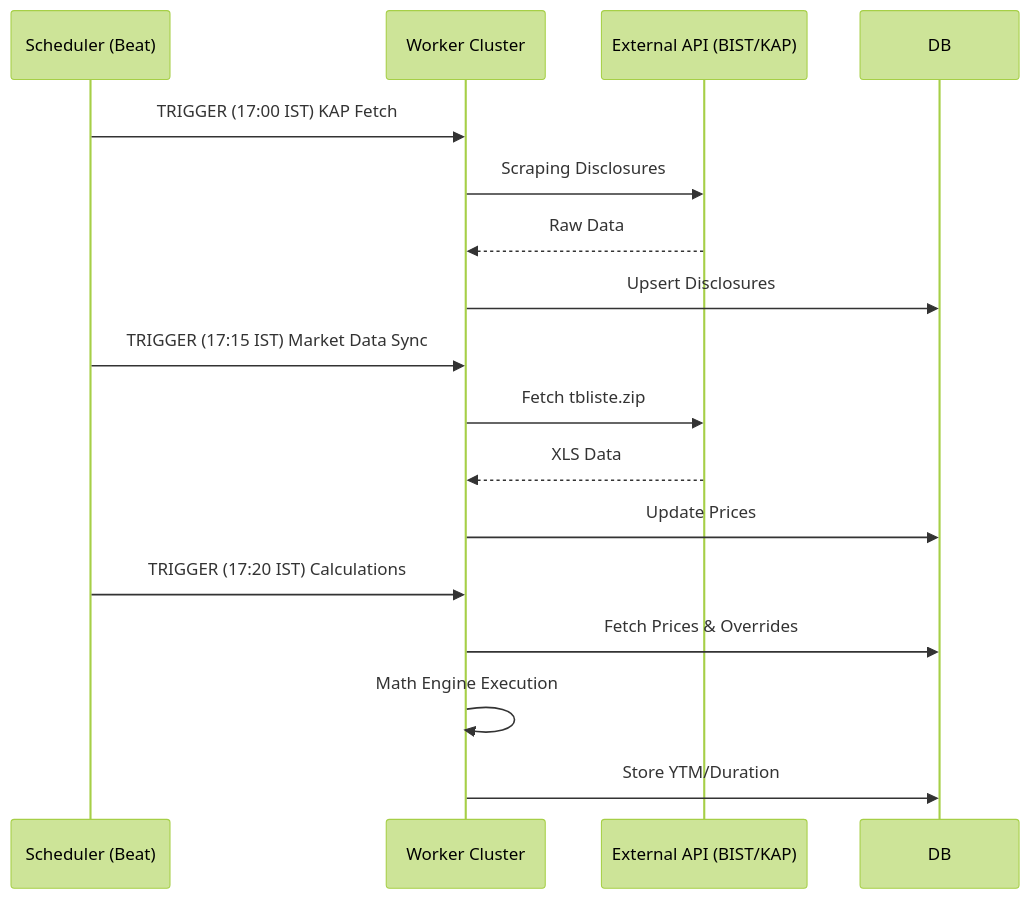
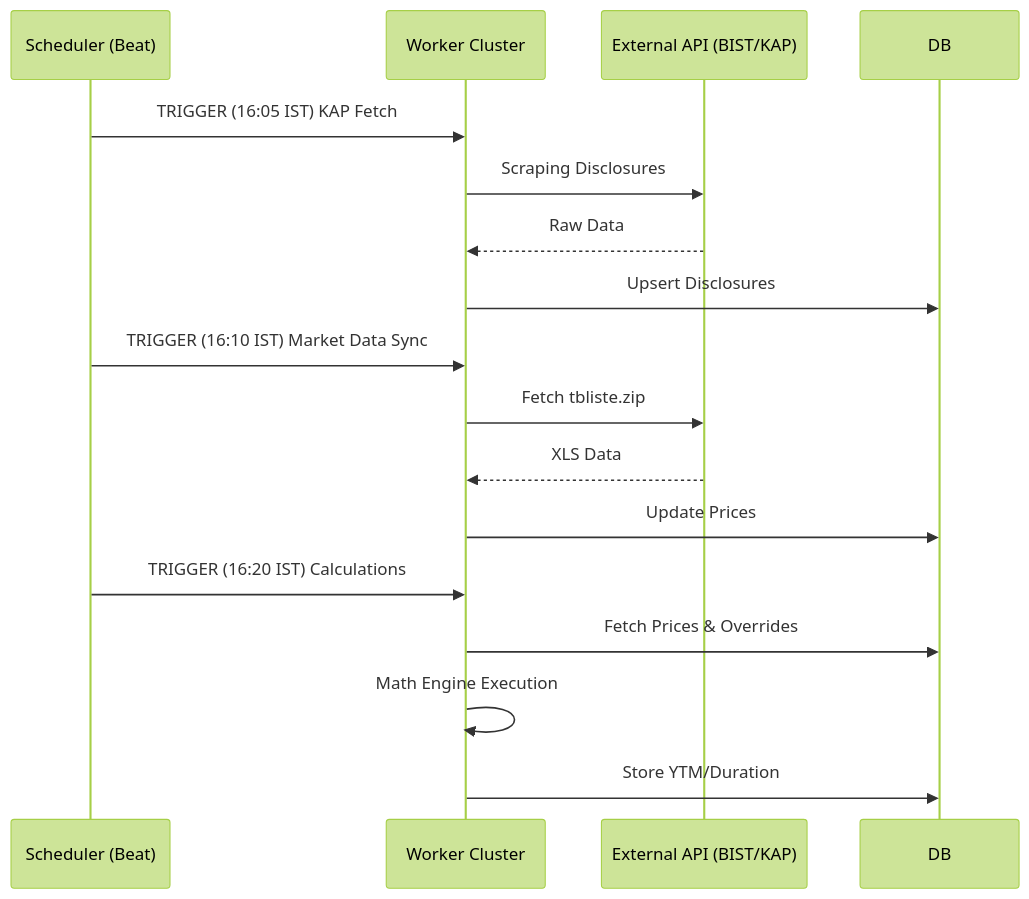
The diagram in docs/professional/Technical_Overview.md (mikailustuner/bondley.one), drawn with Mermaid (forest theme) before and after one commit. The commit also changed other lines of this file and 5 other files, not shown here.

Commit message:
docs: update technical overview, architecture, and schema documentation while removing the deprecated admin logs page

````diff
--- a/docs/professional/Technical_Overview.md
+++ b/docs/professional/Technical_Overview.md
@@ -69,22 +123,22 @@
 ```mermaid
 sequenceDiagram
     participant S as Scheduler (Beat)
     participant W as Worker Cluster
     participant E as External API (BIST/KAP)
     participant D as DB
 
-    S->>W: TRIGGER (17:00 IST) KAP Fetch
+    S->>W: TRIGGER (16:05 IST) KAP Fetch
     W->>E: Scraping Disclosures
     E-->>W: Raw Data
     W->>D: Upsert Disclosures
     
-    S->>W: TRIGGER (17:15 IST) Market Data Sync
+    S->>W: TRIGGER (16:10 IST) Market Data Sync
     W->>E: Fetch tbliste.zip
     E-->>W: XLS Data
     W->>D: Update Prices
     
-    S->>W: TRIGGER (17:20 IST) Calculations
+    S->>W: TRIGGER (16:20 IST) Calculations
     W->>D: Fetch Prices & Overrides
     W->>W: Math Engine Execution
     W->>D: Store YTM/Duration
 ```
````
